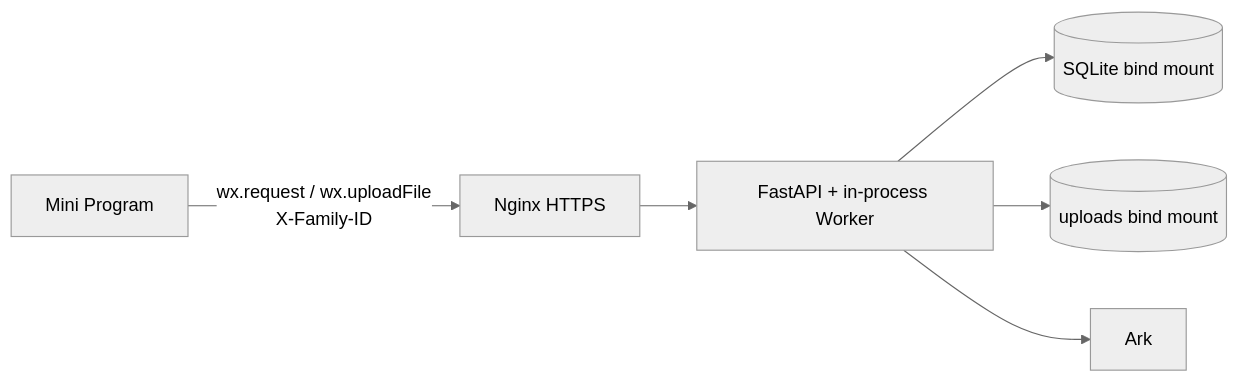
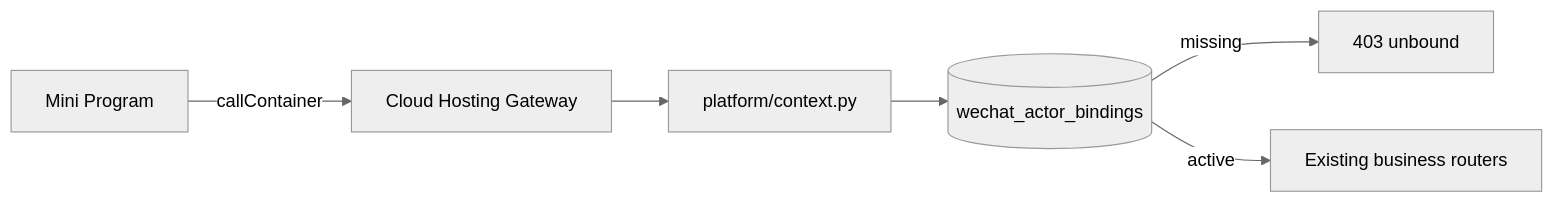
The first of 6 diagrams in specs/active/FEAT-002-USER-FAMILY-BINDING.md (wangyu-bytedance/push_kids), drawn with Mermaid (neutral theme) before and after one commit. The commit also changed other lines of this file and 217 other files, not shown here.

````diff
--- a/specs/active/FEAT-002-USER-FAMILY-BINDING.md
+++ b/specs/active/FEAT-002-USER-FAMILY-BINDING.md
@@ -115,8 +83,8 @@
 ```mermaid
 flowchart LR
-  MP[Mini Program] -->|wx.request / wx.uploadFile\nX-Family-ID| N[Nginx HTTPS]
-  N --> API[FastAPI + in-process Worker]
-  API --> DB[(SQLite bind mount)]
-  API --> MEDIA[(uploads bind mount)]
-  API --> ARK[Ark]
+  MP[Mini Program] -->|callContainer| GW[Cloud Hosting Gateway]
+  GW --> CTX[platform/context.py]
+  CTX --> B[(wechat_actor_bindings)]
+  B -->|missing| E403[403 unbound]
+  B -->|active| API[Existing business routers]
 ```
````
